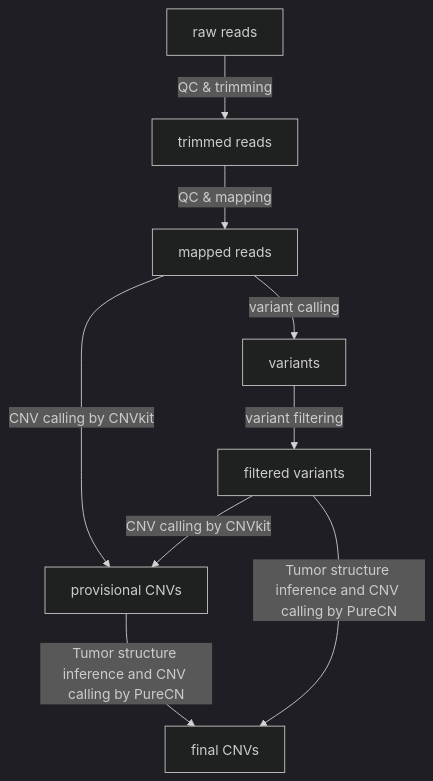
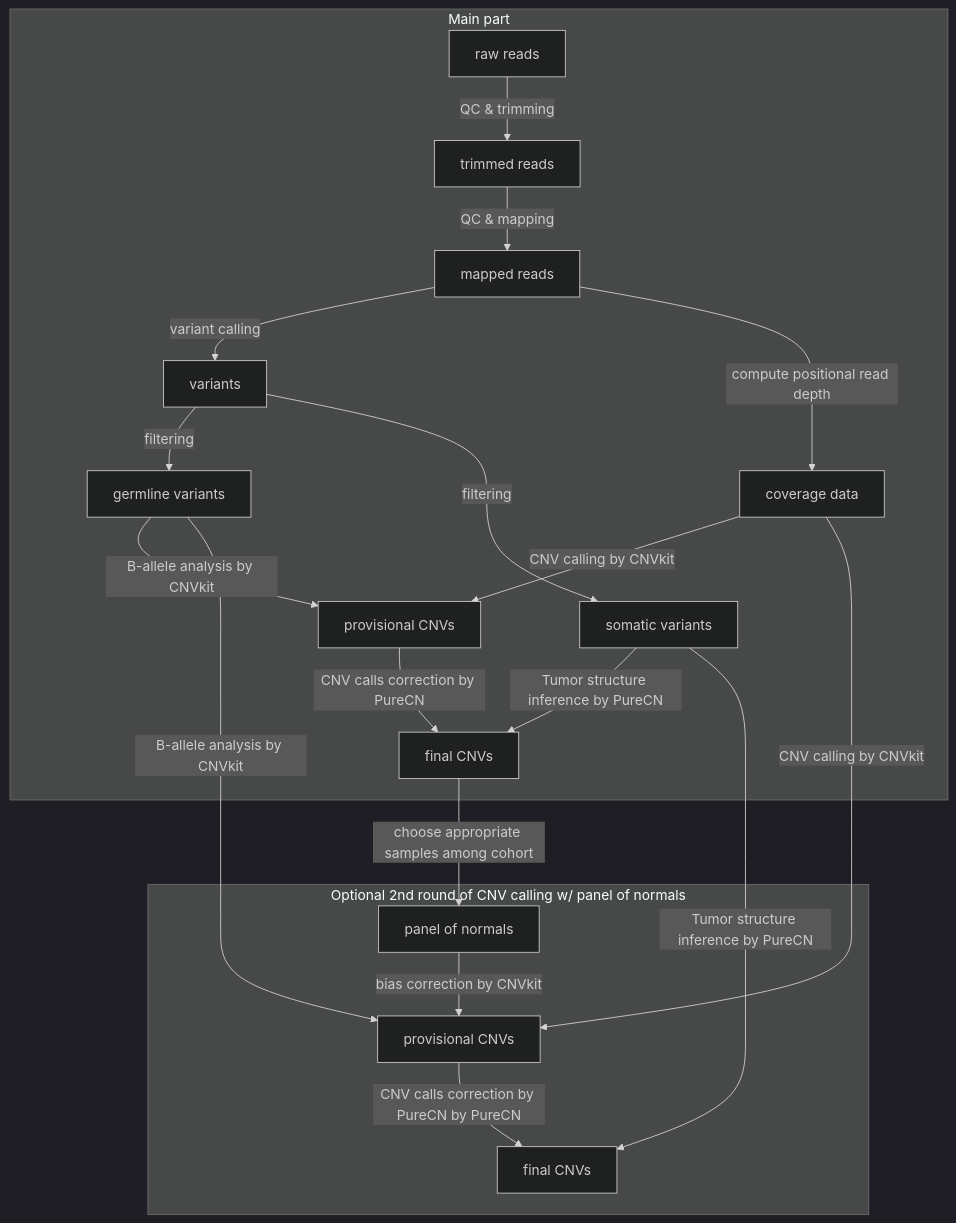
One commit to pedricolino/cnakepit changed the diagram in README.md. Above: the diagram before and after it, drawn with Mermaid (dark theme). The commit also changed other lines of this file, not shown here.

Commit message:
add second round of cnv calling to flowchart in README.md

````diff
--- a/README.md
+++ b/README.md
@@ -49,9 +49,23 @@
 ```mermaid
 flowchart TD
+    subgraph Main part
     A[raw reads] -->|QC & trimming| B[trimmed reads];
     B -->|QC & mapping| C[mapped reads];
     C -->|variant calling| D[variants];
-    D -->|variant filtering| E[filtered variants];
-    C & E -->|CNV calling by CNVkit| F[provisional CNVs];
-    F & E -->|Tumor structure inference and CNV calling by PureCN| G[final CNVs];
+    D -->|filtering| E[germline variants];
+    D -->|filtering| X[somatic variants];
+    C -->|compute positional read depth| I[coverage data];
+    I -->|CNV calling by CNVkit| F[provisional CNVs];
+    E -->|B-allele analysis by CNVkit| F[provisional CNVs];
+    F -->|CNV calls correction by PureCN| G[final CNVs];
+    X -->|Tumor structure inference by PureCN| G[final CNVs];
+    end
+    subgraph Optional 2nd round of CNV calling w/ panel of normals
+    H -->|bias correction by CNVkit| J[provisional CNVs];
+    I -->|CNV calling by CNVkit| J[provisional CNVs];
+    E -->|B-allele analysis by CNVkit| J[provisional CNVs];
+    G -->|choose appropriate samples among cohort| H[panel of normals];
+    J -->|CNV calls correction by PureCN by PureCN| K[final CNVs];
+    X -->|Tumor structure inference by PureCN| K[final CNVs];
+    end
 ```
````
